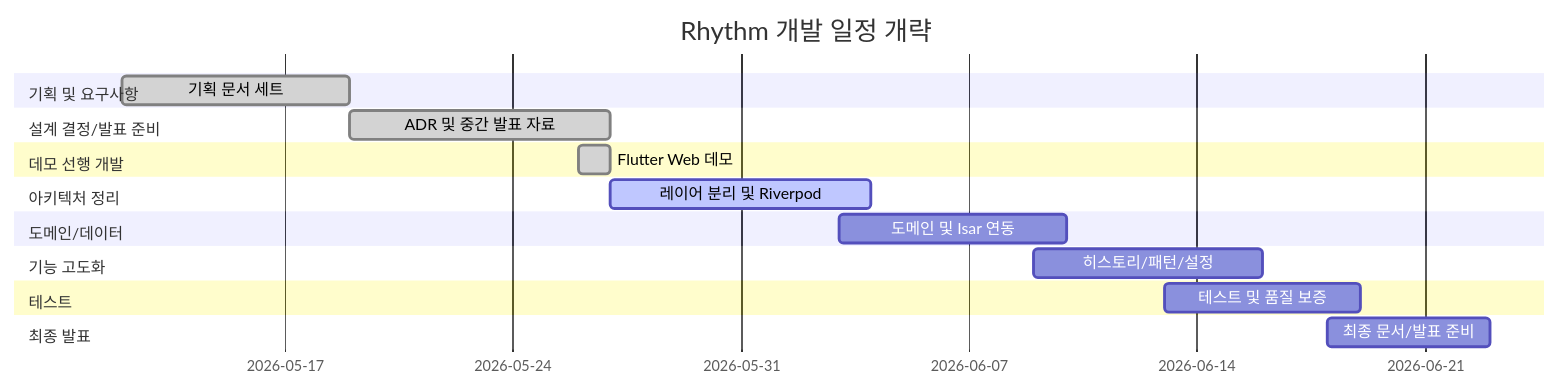
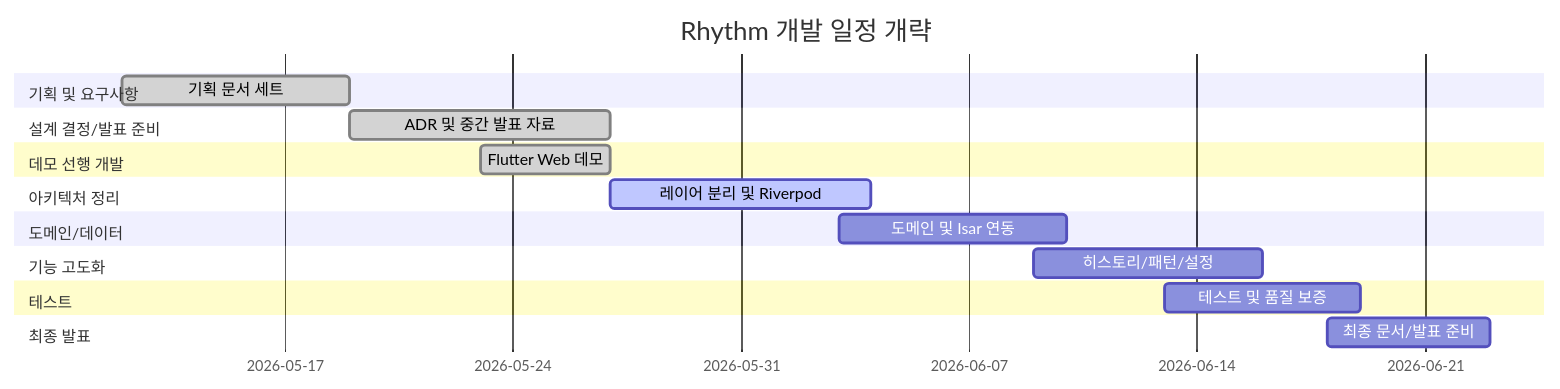
The diagram in .planning/02-wbs.md (yseho031018/rhythm-archive), drawn with Mermaid before and after one commit. The commit also changed 1 other file, not shown here.

Commit message:
docs: adjust WBS demo timeline bars

````diff
--- a/.planning/02-wbs.md
+++ b/.planning/02-wbs.md
@@ -46,21 +46,21 @@
 ```mermaid
 gantt
     title Rhythm 개발 일정 개략
     dateFormat  YYYY-MM-DD
     section 기획 및 요구사항
     기획 문서 세트          :done,    plan, 2026-05-12, 7d
     section 설계 결정/발표 준비
     ADR 및 중간 발표 자료   :done,    adr, 2026-05-19, 8d
     section 데모 선행 개발
-    Flutter Web 데모        :done,    demo, 2026-05-26, 1d
+    Flutter Web 데모        :done,    demo, 2026-05-23, 4d
     section 아키텍처 정리
     레이어 분리 및 Riverpod :active,  refactor, 2026-05-27, 8d
     section 도메인/데이터
     도메인 및 Isar 연동     :         domain, 2026-06-03, 7d
     section 기능 고도화
     히스토리/패턴/설정      :         feature, 2026-06-09, 7d
     section 테스트
     테스트 및 품질 보증     :         test, 2026-06-13, 6d
     section 최종 발표
     최종 문서/발표 준비     :         final, 2026-06-18, 5d
 ```
````
